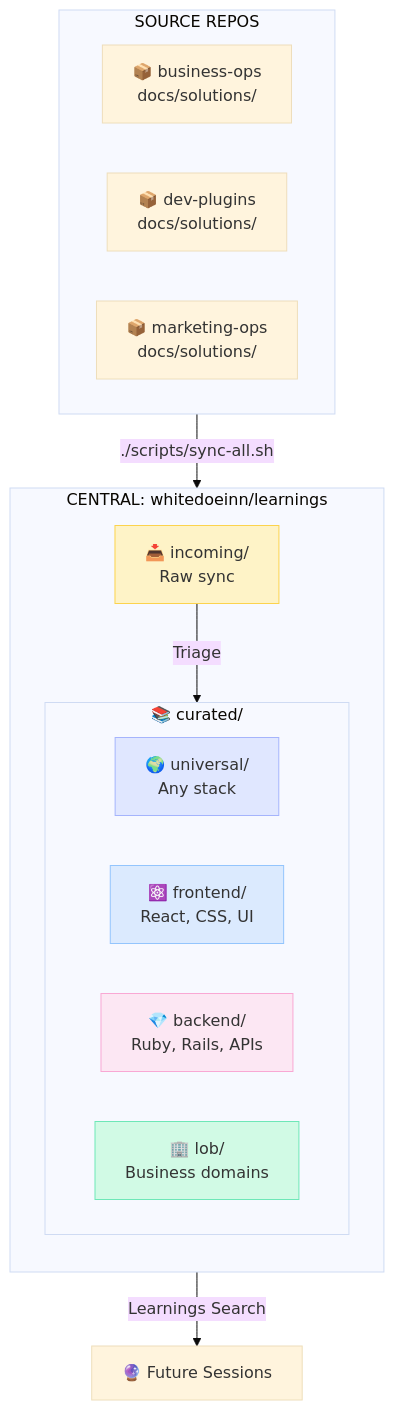
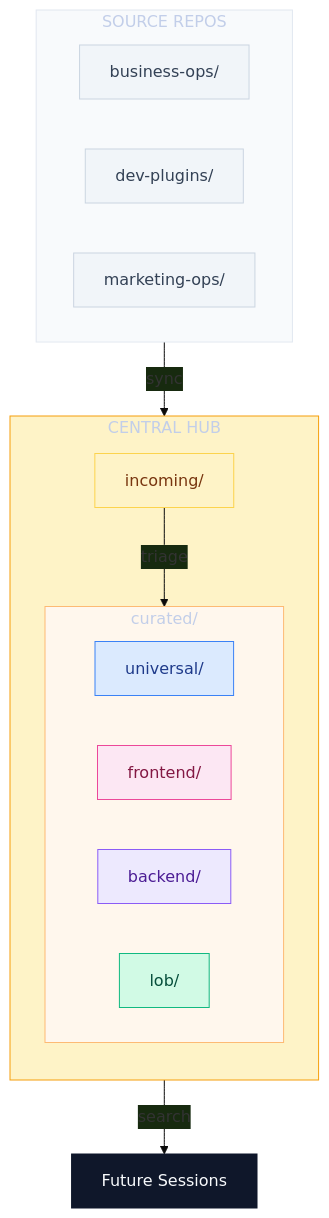
The fifth of 7 diagrams in docs/workflows/feature-workflow-diagram.md (whitedoeinn/dev-plugins-workflow), drawn with Mermaid before and after one commit. The commit also changed other lines of this file, not shown here.

First line of the commit message:
style: Refine Mermaid diagrams with cohesive design system

````diff
--- a/docs/workflows/feature-workflow-diagram.md
+++ b/docs/workflows/feature-workflow-diagram.md
@@ -201,32 +234,39 @@
 ```mermaid
-%%{init: {'theme': 'base'}}%%
+%%{init: {'theme': 'base', 'themeVariables': { 'primaryColor': '#0f172a', 'fontFamily': 'ui-monospace, monospace'}}}%%
 flowchart TB
-    subgraph repos ["SOURCE REPOS"]
-        r1["📦 business-ops<br/>docs/solutions/"]
-        r2["📦 dev-plugins<br/>docs/solutions/"]
-        r3["📦 marketing-ops<br/>docs/solutions/"]
+    subgraph repos ["  SOURCE REPOS  "]
+        r1["business-ops/"]
+        r2["dev-plugins/"]
+        r3["marketing-ops/"]
     end
 
-    repos -->|"./scripts/sync-all.sh"| central
+    repos -->|"sync"| central
 
-    subgraph central ["CENTRAL: whitedoeinn/learnings"]
+    subgraph central ["  CENTRAL HUB  "]
         direction TB
-        incoming["📥 incoming/<br/>Raw sync"]
-        incoming -->|"Triage"| curated
+        incoming["incoming/"]
+        incoming -->|"triage"| curated
 
-        subgraph curated ["📚 curated/"]
-            universal["🌍 universal/<br/>Any stack"]
-            frontend["⚛️ frontend/<br/>React, CSS, UI"]
-            backend["💎 backend/<br/>Ruby, Rails, APIs"]
-            lob["🏢 lob/<br/>Business domains"]
+        subgraph curated ["  curated/  "]
+            universal["universal/"]
+            frontend["frontend/"]
+            backend["backend/"]
+            lob["lob/"]
         end
     end
 
-    curated -->|"Learnings Search"| sessions["🔮 Future Sessions"]
+    curated -->|"search"| sessions["Future Sessions"]
 
-    style incoming fill:#fef3c7,stroke:#fcd34d
-    style universal fill:#e0e7ff,stroke:#a5b4fc
-    style frontend fill:#dbeafe,stroke:#93c5fd
-    style backend fill:#fce7f3,stroke:#f9a8d4
-    style lob fill:#d1fae5,stroke:#6ee7b7
+    style repos fill:#f8fafc,stroke:#e2e8f0
+    style r1 fill:#f1f5f9,stroke:#cbd5e1,color:#334155
+    style r2 fill:#f1f5f9,stroke:#cbd5e1,color:#334155
+    style r3 fill:#f1f5f9,stroke:#cbd5e1,color:#334155
+    style central fill:#fef3c7,stroke:#f59e0b
+    style incoming fill:#fef3c7,stroke:#fcd34d,color:#78350f
+    style curated fill:#fff7ed,stroke:#fdba74
+    style universal fill:#dbeafe,stroke:#3b82f6,color:#1e3a8a
+    style frontend fill:#fce7f3,stroke:#ec4899,color:#831843
+    style backend fill:#ede9fe,stroke:#8b5cf6,color:#4c1d95
+    style lob fill:#d1fae5,stroke:#10b981,color:#064e3b
+    style sessions fill:#0f172a,stroke:#0f172a,color:#f8fafc
 ```
````
